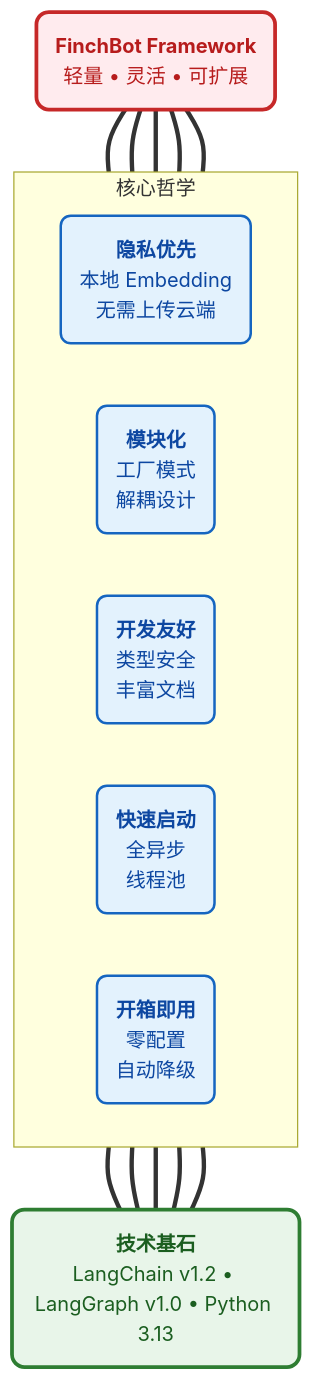
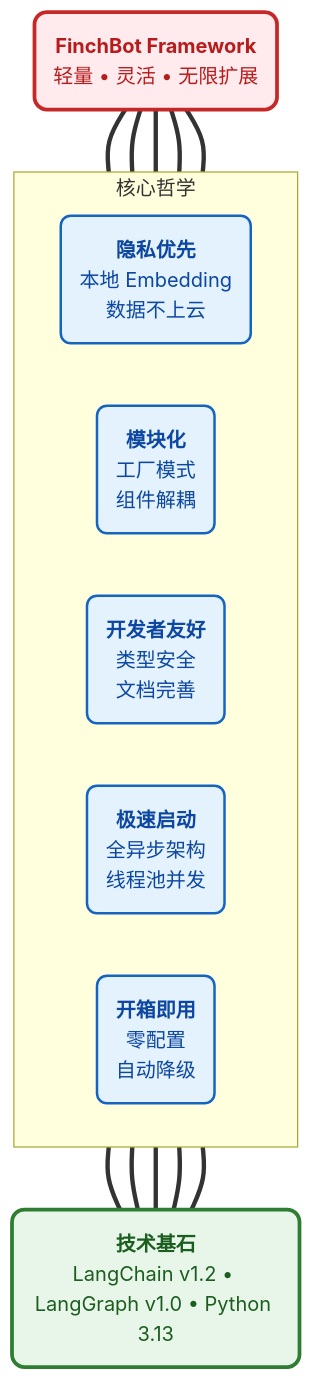
The first of 6 diagrams in docs/zh-CN/blog/finchbot-flexible-ai-agent-framework.md (xt765/FinchBot), drawn with Mermaid before and after one commit. The commit also changed other lines of this file and 1 other file, not shown here.

````diff
--- a/docs/zh-CN/blog/finchbot-flexible-ai-agent-framework.md
+++ b/docs/zh-CN/blog/finchbot-flexible-ai-agent-framework.md
@@ -63,22 +66,22 @@
 ```mermaid
 graph BT
     classDef roof fill:#ffebee,stroke:#c62828,stroke-width:3px,color:#b71c1c,rx:10,ry:10;
     classDef pillar fill:#e3f2fd,stroke:#1565c0,stroke-width:2px,color:#0d47a1,rx:8,ry:8;
     classDef base fill:#e8f5e9,stroke:#2e7d32,stroke-width:3px,color:#1b5e20,rx:10,ry:10;
 
-    Roof("<b>FinchBot Framework</b><br/>轻量 • 灵活 • 可扩展"):::roof
+    Roof("<b>FinchBot Framework</b><br/>轻量 • 灵活 • 无限扩展"):::roof
 
     subgraph Pillars [核心哲学]
         direction LR
-        P("<b>隐私优先</b><br/>本地 Embedding<br/>无需上传云端"):::pillar
-        M("<b>模块化</b><br/>工厂模式<br/>解耦设计"):::pillar
-        D("<b>开发友好</b><br/>类型安全<br/>丰富文档"):::pillar
-        S("<b>快速启动</b><br/>全异步<br/>线程池"):::pillar
+        P("<b>隐私优先</b><br/>本地 Embedding<br/>数据不上云"):::pillar
+        M("<b>模块化</b><br/>工厂模式<br/>组件解耦"):::pillar
+        D("<b>开发者友好</b><br/>类型安全<br/>文档完善"):::pillar
+        S("<b>极速启动</b><br/>全异步架构<br/>线程池并发"):::pillar
         O("<b>开箱即用</b><br/>零配置<br/>自动降级"):::pillar
     end
 
     Base("<b>技术基石</b><br/>LangChain v1.2 • LangGraph v1.0 • Python 3.13"):::base
 
     Base === P & M & D & S & O
     P & M & D & S & O === Roof
 ```
````
